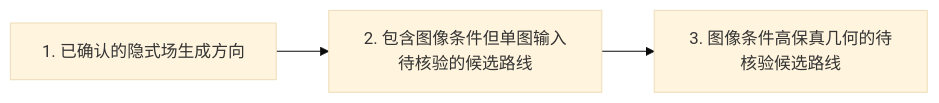
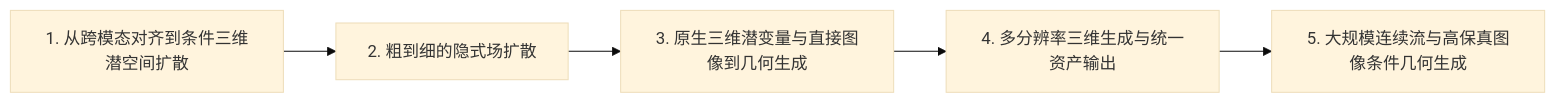
The fifth of 7 diagrams in surveys/single-image-diffusion-highres-3d-20260930/survey.md (jinjianzhao/daily-papers), drawn with Mermaid (base theme) before and after one commit. The commit also changed other lines of this file and 38 other files, not shown here.

````diff
--- a/surveys/single-image-diffusion-highres-3d-20260930/survey.md
+++ b/surveys/single-image-diffusion-highres-3d-20260930/survey.md
@@ -163,8 +183,12 @@
 ```mermaid
 flowchart LR
-  P1["1. 已确认的隐式场生成方向"]
-  P2["2. 包含图像条件但单图输入待核验的候选路线"]
-  P3["3. 图像条件高保真几何的待核验候选路线"]
+  P1["1. 从跨模态对齐到条件三维潜空间扩散"]
+  P2["2. 粗到细的隐式场扩散"]
+  P3["3. 原生三维潜变量与直接图像到几何生成"]
+  P4["4. 多分辨率三维生成与统一资产输出"]
+  P5["5. 大规模连续流与高保真图像条件几何生成"]
   P1 --> P2
   P2 --> P3
+  P3 --> P4
+  P4 --> P5
 ```
````
